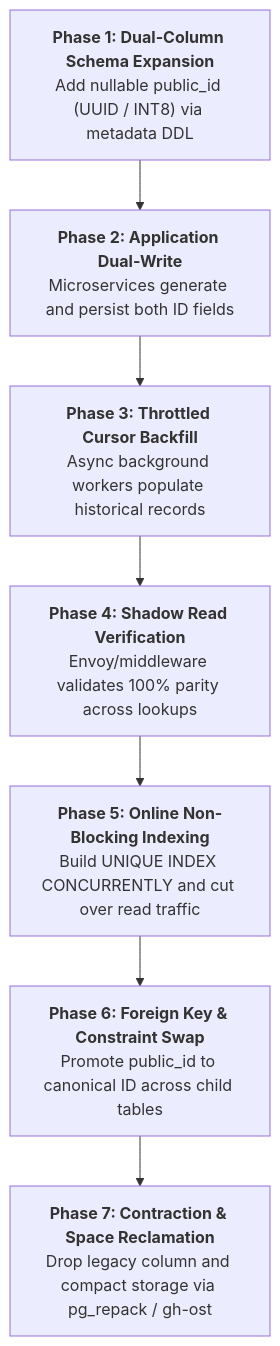
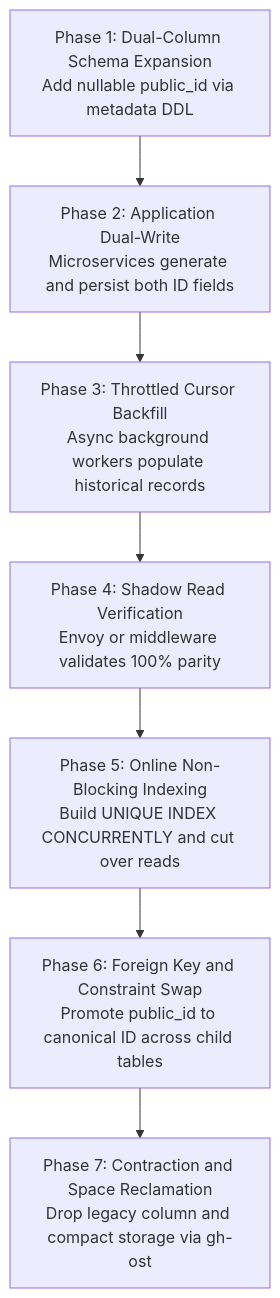
One commit to vesviet/vesviet changed the sixth of 7 diagrams in content/series/architectural-tradeoffs-showdowns/03-primary-key-showdown-uuidv7-vs-snowflake-vs-bigint.md. Above: the diagram before and after it, drawn with Mermaid. The commit also changed other lines of this file, not shown here.

Commit message:
fix(series): resolve mermaid 10.9 syntax errors in postgres heap and architecture diagrams

````diff
--- a/content/series/architectural-tradeoffs-showdowns/03-primary-key-showdown-uuidv7-vs-snowflake-vs-bigint.md
+++ b/content/series/architectural-tradeoffs-showdowns/03-primary-key-showdown-uuidv7-vs-snowflake-vs-bigint.md
@@ -516,12 +516,12 @@
 ```mermaid
 flowchart TD
-    P1["<b>Phase 1: Dual-Column Schema Expansion</b><br/>Add nullable public_id (UUID / INT8) via metadata DDL"]
-    P2["<b>Phase 2: Application Dual-Write</b><br/>Microservices generate and persist both ID fields"]
-    P3["<b>Phase 3: Throttled Cursor Backfill</b><br/>Async background workers populate historical records"]
-    P4["<b>Phase 4: Shadow Read Verification</b><br/>Envoy/middleware validates 100% parity across lookups"]
-    P5["<b>Phase 5: Online Non-Blocking Indexing</b><br/>Build UNIQUE INDEX CONCURRENTLY and cut over read traffic"]
-    P6["<b>Phase 6: Foreign Key & Constraint Swap</b><br/>Promote public_id to canonical ID across child tables"]
-    P7["<b>Phase 7: Contraction & Space Reclamation</b><br/>Drop legacy column and compact storage via pg_repack / gh-ost"]
+    P1["Phase 1: Dual-Column Schema Expansion<br/>Add nullable public_id via metadata DDL"]
+    P2["Phase 2: Application Dual-Write<br/>Microservices generate and persist both ID fields"]
+    P3["Phase 3: Throttled Cursor Backfill<br/>Async background workers populate historical records"]
+    P4["Phase 4: Shadow Read Verification<br/>Envoy or middleware validates 100% parity"]
+    P5["Phase 5: Online Non-Blocking Indexing<br/>Build UNIQUE INDEX CONCURRENTLY and cut over reads"]
+    P6["Phase 6: Foreign Key and Constraint Swap<br/>Promote public_id to canonical ID across child tables"]
+    P7["Phase 7: Contraction and Space Reclamation<br/>Drop legacy column and compact storage via gh-ost"]
 
     P1 --> P2 --> P3 --> P4 --> P5 --> P6 --> P7
 ```
````
